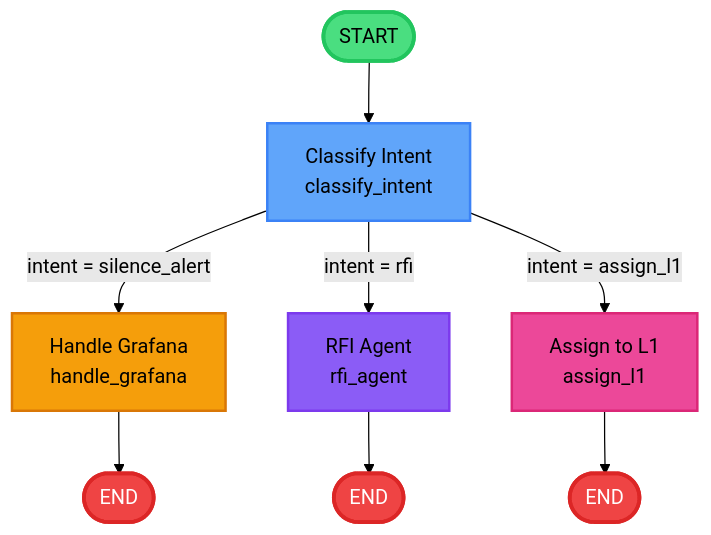
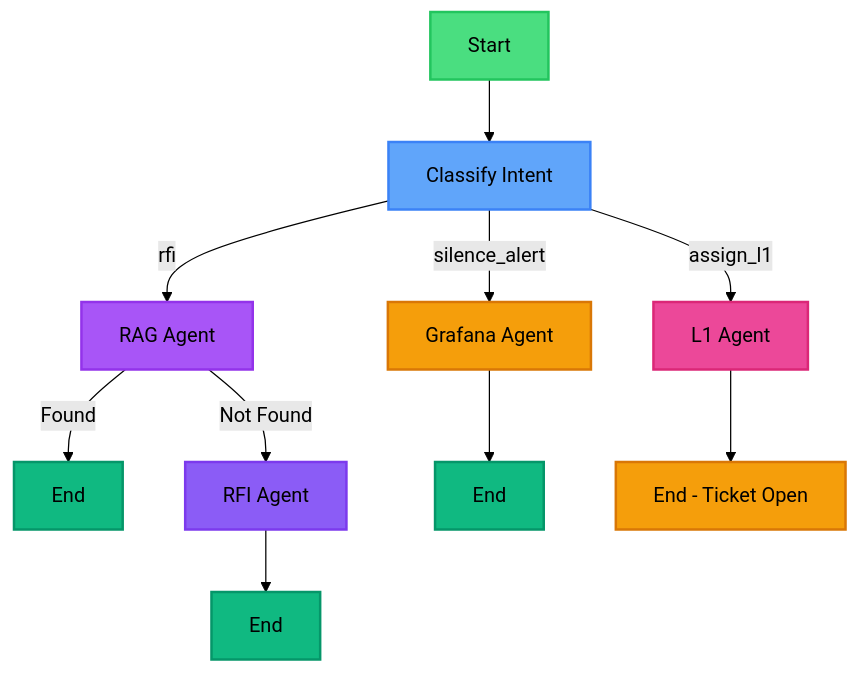
One commit to shijithkm/snow-agent changed the first of 2 diagrams in WORKFLOW_DIAGRAMS.md. Above: the diagram before and after it, drawn with Mermaid (forest theme). The commit also changed other lines of this file and 25 other files, not shown here.

````diff
--- a/WORKFLOW_DIAGRAMS.md
+++ b/WORKFLOW_DIAGRAMS.md
@@ -5,25 +5,26 @@
 ```mermaid
-graph TB
-    START([START]) --> classify["Classify Intent
-    classify_intent"]
+graph TD
+    Start[Start] --> Classify[Classify Intent]
 
-    classify -->|intent = silence_alert| grafana["Handle Grafana
-    handle_grafana"]
-    classify -->|intent = rfi| rfi["RFI Agent
-    rfi_agent"]
-    classify -->|intent = assign_l1| assign["Assign to L1
-    assign_l1"]
+    Classify -->|silence_alert| Grafana[Grafana Agent]
+    Classify -->|rfi| RAG[RAG Agent]
+    Classify -->|assign_l1| L1[L1 Agent]
 
-    grafana --> END1([END])
-    rfi --> END2([END])
-    assign --> END3([END])
+    RAG -->|Found| End1[End]
+    RAG -->|Not Found| RFI[RFI Agent]
 
-    style START fill:#4ade80,stroke:#22c55e,stroke-width:3px,color:#000
-    style classify fill:#60a5fa,stroke:#3b82f6,stroke-width:2px
-    style grafana fill:#f59e0b,stroke:#d97706,stroke-width:2px
-    style rfi fill:#8b5cf6,stroke:#7c3aed,stroke-width:2px
-    style assign fill:#ec4899,stroke:#db2777,stroke-width:2px
-    style END1 fill:#ef4444,stroke:#dc2626,stroke-width:3px,color:#fff
-    style END2 fill:#ef4444,stroke:#dc2626,stroke-width:3px,color:#fff
-    style END3 fill:#ef4444,stroke:#dc2626,stroke-width:3px,color:#fff
+    Grafana --> End2[End]
+    RFI --> End3[End]
+    L1 --> End4[End - Ticket Open]
+
+    style Start fill:#4ade80,stroke:#22c55e,stroke-width:2px
+    style Classify fill:#60a5fa,stroke:#3b82f6,stroke-width:2px
+    style Grafana fill:#f59e0b,stroke:#d97706,stroke-width:2px
+    style RAG fill:#a855f7,stroke:#9333ea,stroke-width:2px
+    style RFI fill:#8b5cf6,stroke:#7c3aed,stroke-width:2px
+    style L1 fill:#ec4899,stroke:#db2777,stroke-width:2px
+    style End1 fill:#10b981,stroke:#059669,stroke-width:2px
+    style End2 fill:#10b981,stroke:#059669,stroke-width:2px
+    style End3 fill:#10b981,stroke:#059669,stroke-width:2px
+    style End4 fill:#f59e0b,stroke:#d97706,stroke-width:2px
 ```
````
